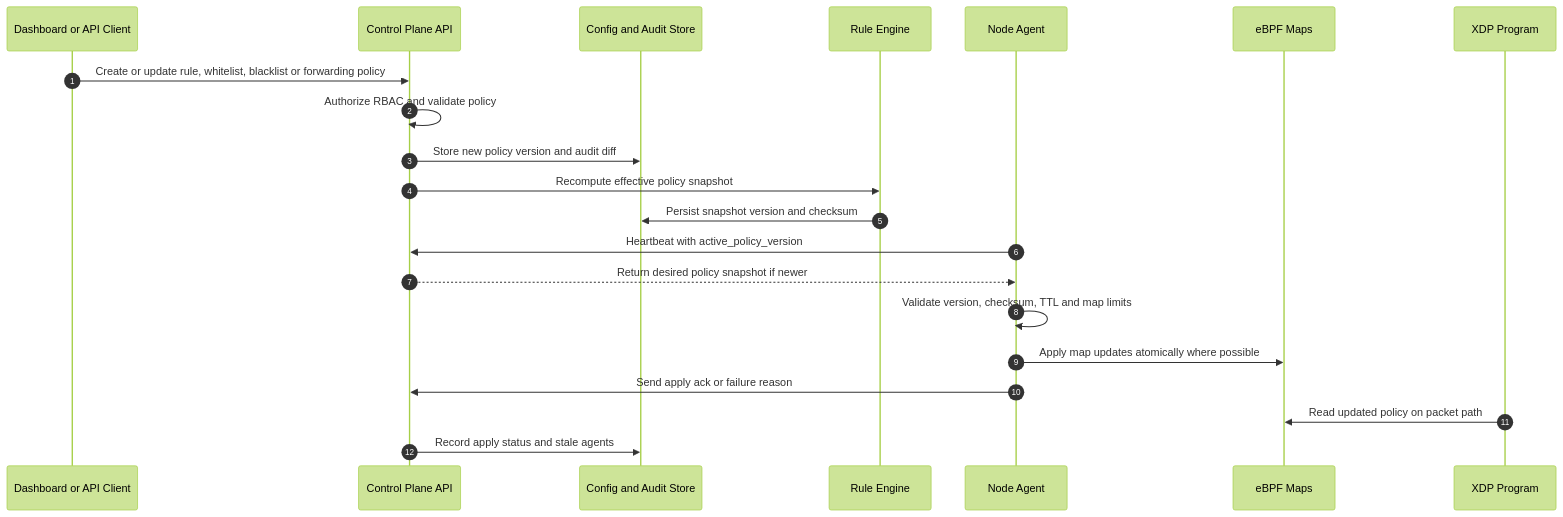
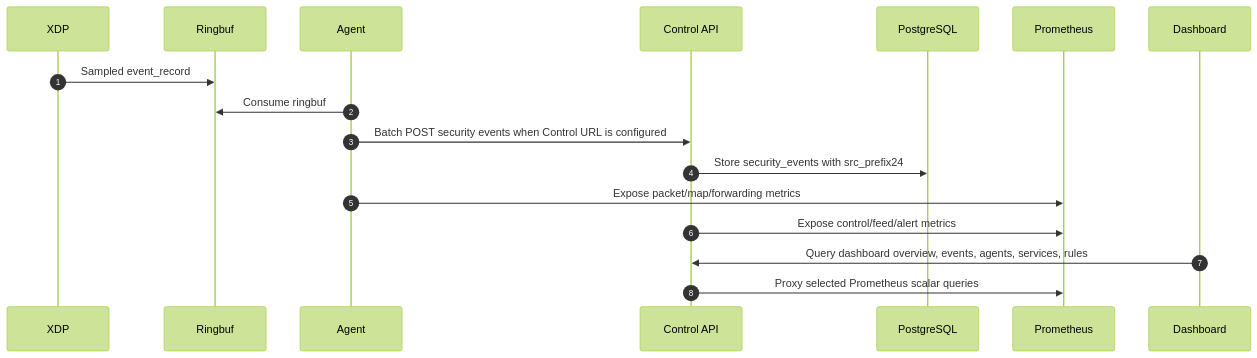
One commit to ken9xkyo/anti-ddos changed the fifth of 5 diagrams in docs/System-Architecture-Design.md. Above: the diagram before and after it, drawn with Mermaid (forest theme). The commit also changed other lines of this file, not shown here.

````diff
--- a/docs/System-Architecture-Design.md
+++ b/docs/System-Architecture-Design.md
@@ -200,24 +538,20 @@
 ```mermaid
 sequenceDiagram
     autonumber
-    participant D as Dashboard or API Client
-    participant C as Control Plane API
-    participant S as Config and Audit Store
-    participant R as Rule Engine
-    participant N as Node Agent
-    participant M as eBPF Maps
-    participant X as XDP Program
+    participant X as XDP
+    participant E as Ringbuf
+    participant A as Agent
+    participant C as Control API
+    participant DB as PostgreSQL
+    participant P as Prometheus
+    participant UI as Dashboard
 
-    D->>C: Create or update rule, whitelist, blacklist or forwarding policy
-    C->>C: Authorize RBAC and validate policy
-    C->>S: Store new policy version and audit diff
-    C->>R: Recompute effective policy snapshot
-    R->>S: Persist snapshot version and checksum
-    N->>C: Heartbeat with active_policy_version
-    C-->>N: Return desired policy snapshot if newer
-    N->>N: Validate version, checksum, TTL and map limits
-    N->>M: Apply map updates atomically where possible
-    N->>C: Send apply ack or failure reason
-    X->>M: Read updated policy on packet path
-    C->>S: Record apply status and stale agents
+    X->>E: Sampled event_record
+    A->>E: Consume ringbuf
+    A->>C: Batch POST security events when Control URL is configured
+    C->>DB: Store security_events with src_prefix24
+    A->>P: Expose packet/map/forwarding metrics
+    C->>P: Expose control/feed/alert metrics
+    UI->>C: Query dashboard overview, events, agents, services, rules
+    C->>P: Proxy selected Prometheus scalar queries
 ```
````
